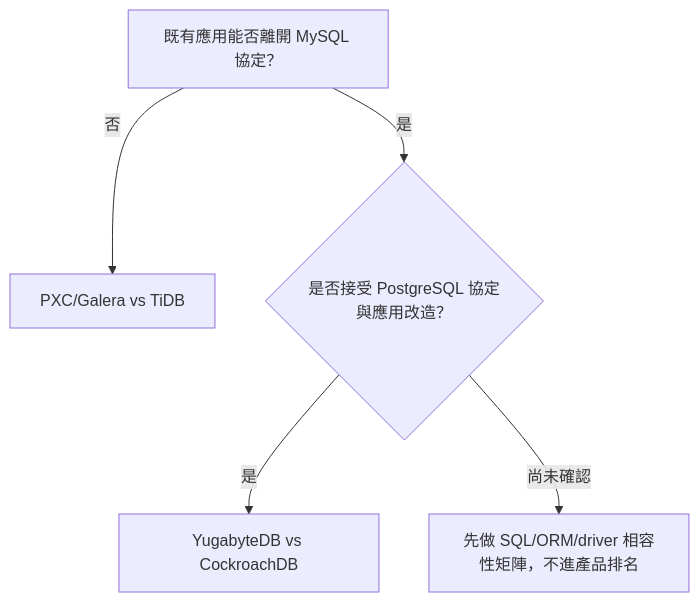
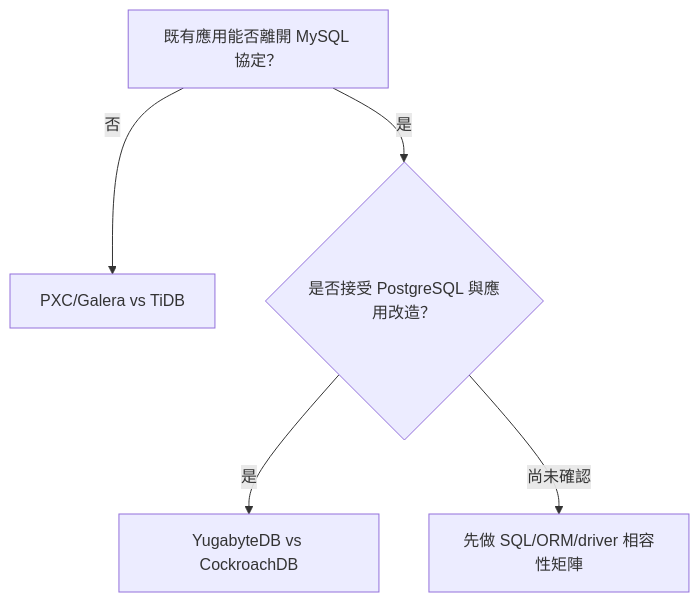
Before and after one commit to heavenruler/dba_career: the diagram in poc/DISTRIBUTED-DB-SCORING-INTRO.md, drawn with Mermaid. The commit also changed other lines of this file and 1 other file, not shown here.

````diff
--- a/poc/DISTRIBUTED-DB-SCORING-INTRO.md
+++ b/poc/DISTRIBUTED-DB-SCORING-INTRO.md
@@ -29,7 +40,7 @@
 ```mermaid
 flowchart TD
     A[既有應用能否離開 MySQL 協定？] -->|否| B["PXC/Galera vs TiDB"]
-    A -->|是| C{是否接受 PostgreSQL 協定與應用改造？}
+    A -->|是| C{是否接受 PostgreSQL 與應用改造？}
     C -->|是| D["YugabyteDB vs CockroachDB"]
-    C -->|尚未確認| E["先做 SQL/ORM/driver 相容性矩陣，不進產品排名"]
+    C -->|尚未確認| E["先做 SQL/ORM/driver 相容性矩陣"]
 ```
````
